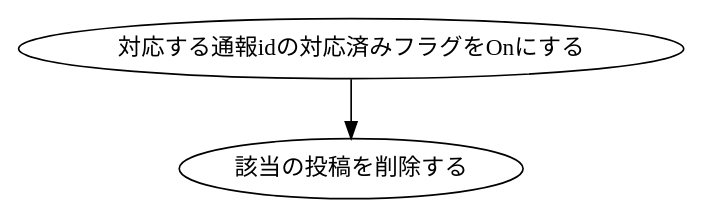
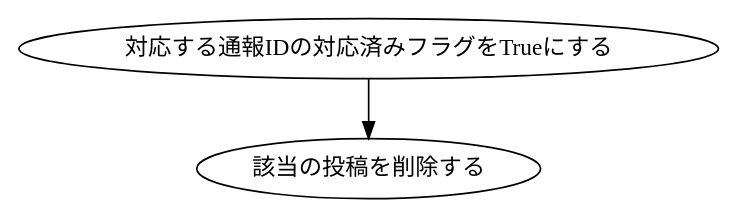
The diagram in dot/sato/ProcessReportDeletePinDetail.dot (KUT-Group12/internal_design), drawn with Graphviz before and after one commit. The commit also changed 12 other files, not shown here.

```diff
--- a/dot/sato/ProcessReportDeletePinDetail.dot
+++ b/dot/sato/ProcessReportDeletePinDetail.dot
@@ -1,8 +1,8 @@
 digraph G {
     #include "style.doth"
 
-    db[label = "対応する通報idの対応済みフラグをOnにする"]
+    db[label = "対応する通報IDの対応済みフラグをTrueにする"]
     delete[label = "該当の投稿を削除する"]
 
     db -> delete
 }
```
